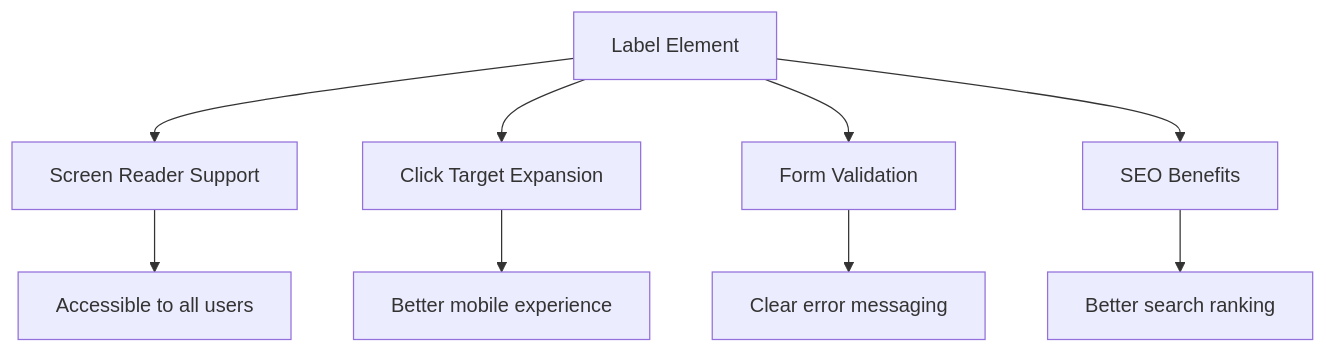
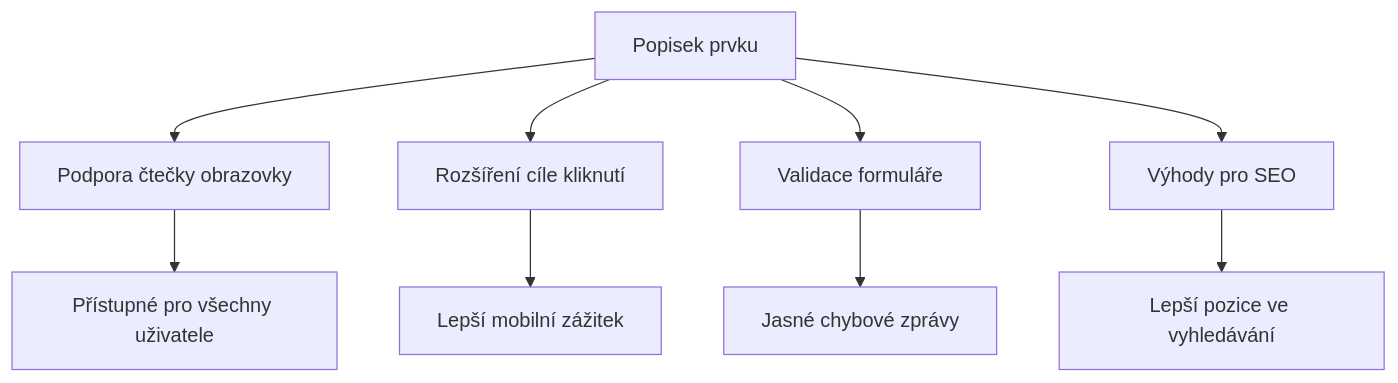
One commit to microsoft/Web-Dev-For-Beginners changed the third of 9 diagrams in translations/cs/7-bank-project/2-forms/README.md. Above: the diagram before and after it, drawn with Mermaid. The commit also changed other lines of this file and 99 other files, not shown here.

````diff
--- a/translations/cs/7-bank-project/2-forms/README.md
+++ b/translations/cs/7-bank-project/2-forms/README.md
@@ -141,12 +186,12 @@
 ```mermaid
 graph TD
-    A[Label Element] --> B[Screen Reader Support]
-    A --> C[Click Target Expansion]
-    A --> D[Form Validation]
-    A --> E[SEO Benefits]
+    A[Popisek prvku] --> B[Podpora čtečky obrazovky]
+    A --> C[Rozšíření cíle kliknutí]
+    A --> D[Validace formuláře]
+    A --> E[Výhody pro SEO]
     
-    B --> F[Accessible to all users]
-    C --> G[Better mobile experience]
-    D --> H[Clear error messaging]
-    E --> I[Better search ranking]
+    B --> F[Přístupné pro všechny uživatele]
+    C --> G[Lepší mobilní zážitek]
+    D --> H[Jasné chybové zprávy]
+    E --> I[Lepší pozice ve vyhledávání]
 ```
````
